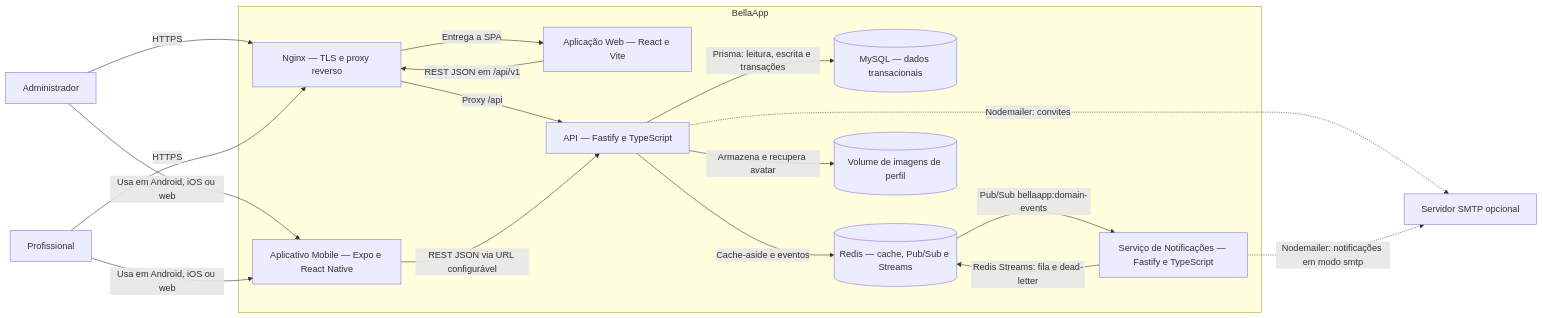
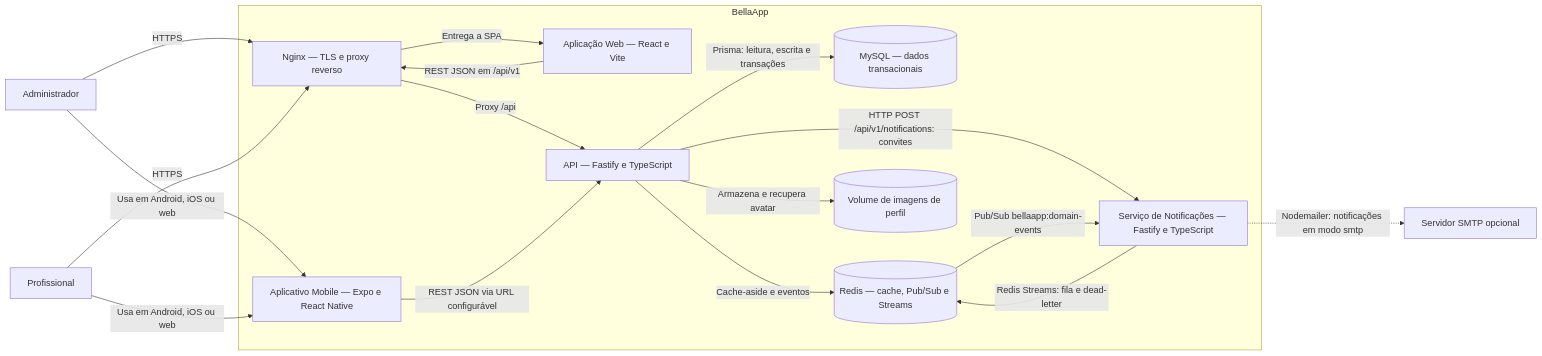
The second of 3 diagrams in docs/architecture/c4.md (Joseph-0505/BellaApp), drawn with Mermaid before and after one commit. The commit also changed other lines of this file and 9 other files, not shown here.

````diff
--- a/docs/architecture/c4.md
+++ b/docs/architecture/c4.md
@@ -39,34 +39,34 @@
 ```mermaid
 flowchart LR
     admin["Administrador"]
     professional["Profissional"]
 
     subgraph bella["BellaApp"]
         nginx["Nginx — TLS e proxy reverso"]
         web["Aplicação Web — React e Vite"]
         mobile["Aplicativo Mobile — Expo e React Native"]
         api["API — Fastify e TypeScript"]
         mysql[("MySQL — dados transacionais")]
         redis[("Redis — cache, Pub/Sub e Streams")]
         uploads[("Volume de imagens de perfil")]
         notifier["Serviço de Notificações — Fastify e TypeScript"]
     end
 
     smtp["Servidor SMTP opcional"]
 
     admin -->|"HTTPS"| nginx
     professional -->|"HTTPS"| nginx
     nginx -->|"Entrega a SPA"| web
     web -->|"REST JSON em /api/v1"| nginx
     nginx -->|"Proxy /api"| api
     admin -->|"Usa em Android, iOS ou web"| mobile
     professional -->|"Usa em Android, iOS ou web"| mobile
     mobile -->|"REST JSON via URL configurável"| api
     api -->|"Prisma: leitura, escrita e transações"| mysql
     api -->|"Cache-aside e eventos"| redis
     api -->|"Armazena e recupera avatar"| uploads
-    api -.->|"Nodemailer: convites"| smtp
+    api -->|"HTTP POST /api/v1/notifications: convites"| notifier
     redis -->|"Pub/Sub bellaapp:domain-events"| notifier
     notifier -->|"Redis Streams: fila e dead-letter"| redis
     notifier -.->|"Nodemailer: notificações em modo smtp"| smtp
 ```
````
